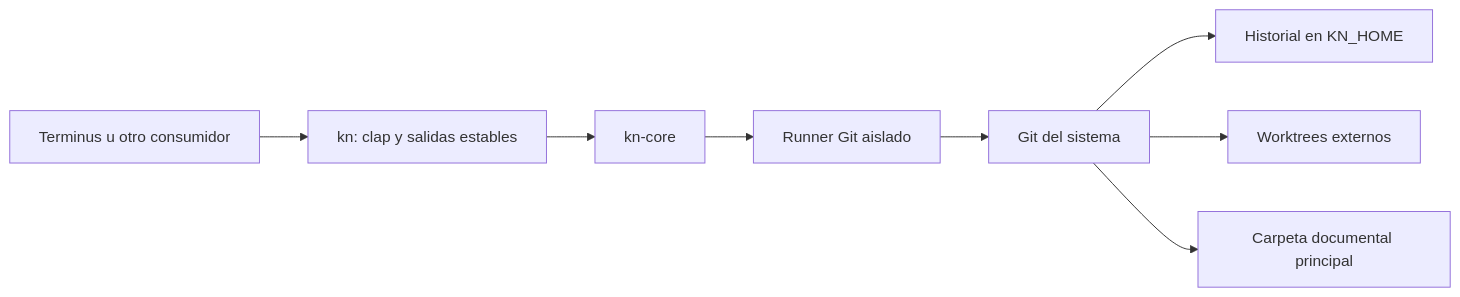
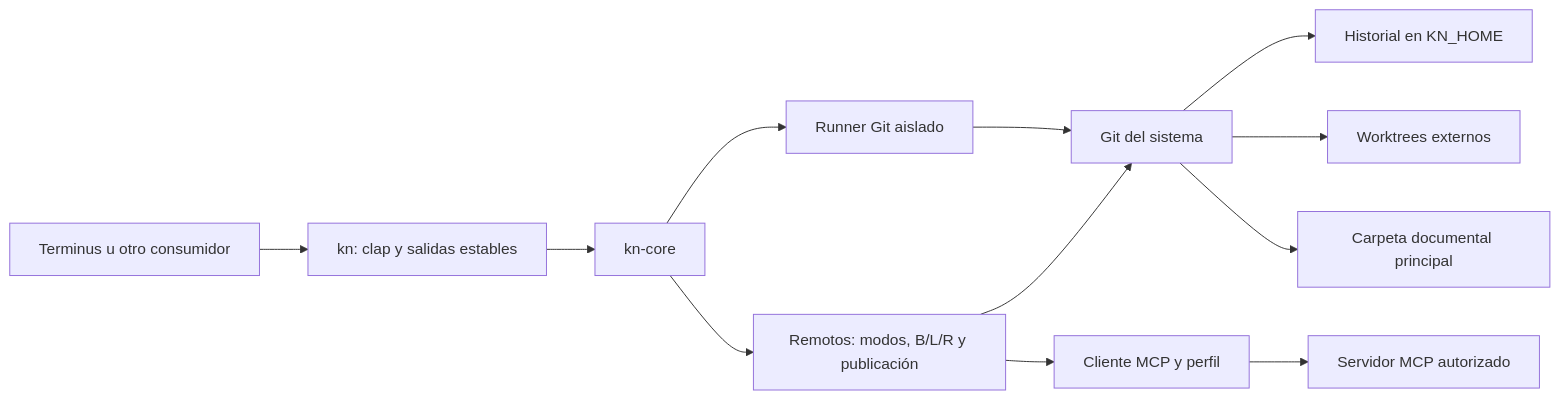
The diagram in ARCHITECTURE.md (danil-labs/kn), drawn with Mermaid before and after one commit. The commit also changed other lines of this file and 11 other files, not shown here.

First line of the commit message:
docs: remotos MCP implementados, perfiles, contrato y evidencia

````diff
--- a/ARCHITECTURE.md
+++ b/ARCHITECTURE.md
@@ -7,10 +7,14 @@
 ```mermaid
 flowchart LR
   App[Terminus u otro consumidor] --> CLI[kn: clap y salidas estables]
   CLI --> Core[kn-core]
   Core --> Runner[Runner Git aislado]
   Runner --> Git[Git del sistema]
   Git --> History[Historial en KN_HOME]
   Git --> Sessions[Worktrees externos]
   Git --> Documents[Carpeta documental principal]
+  Core --> Remote[Remotos: modos, B/L/R y publicación]
+  Remote --> Git
+  Remote --> Client[Cliente MCP y perfil]
+  Client --> Server[Servidor MCP autorizado]
 ```
````
